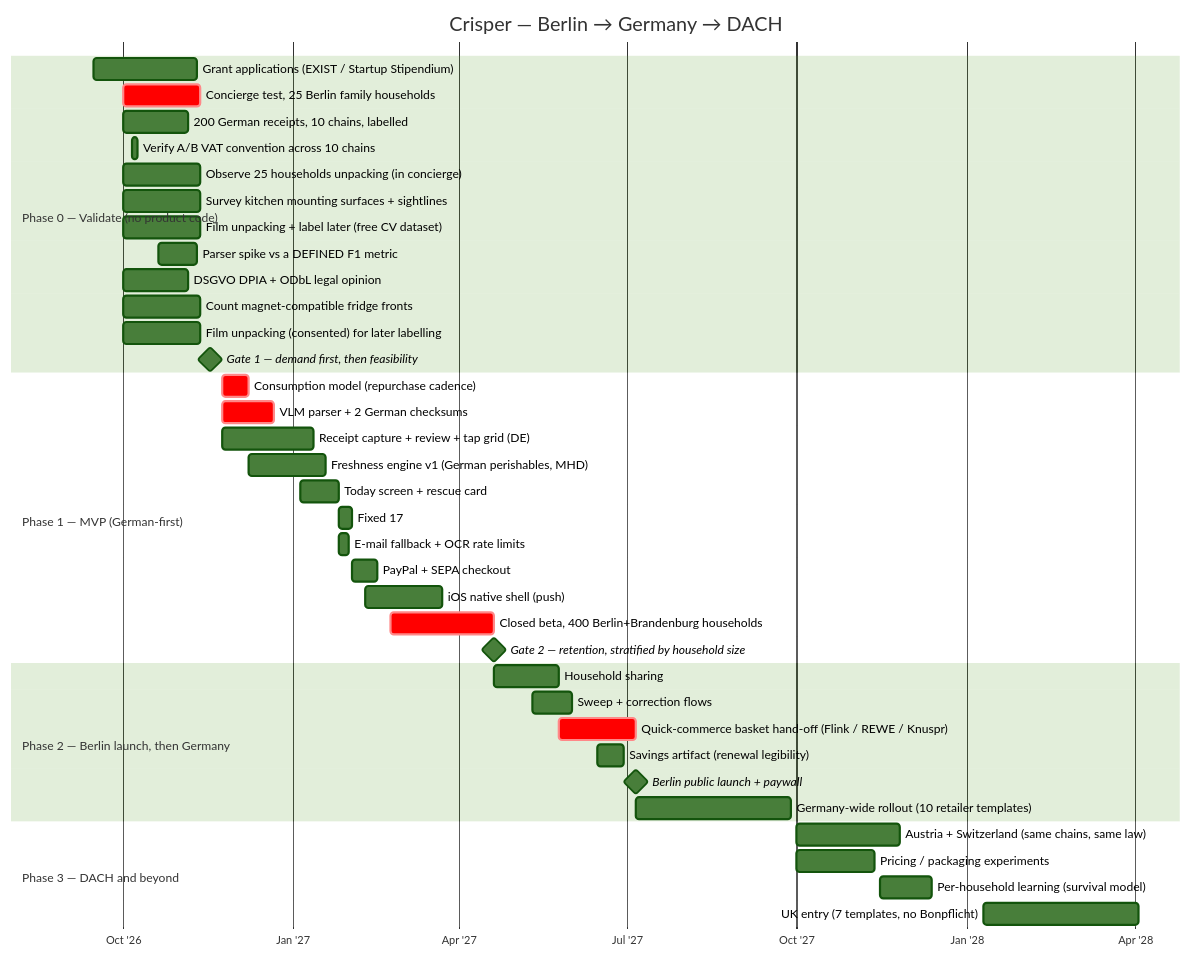
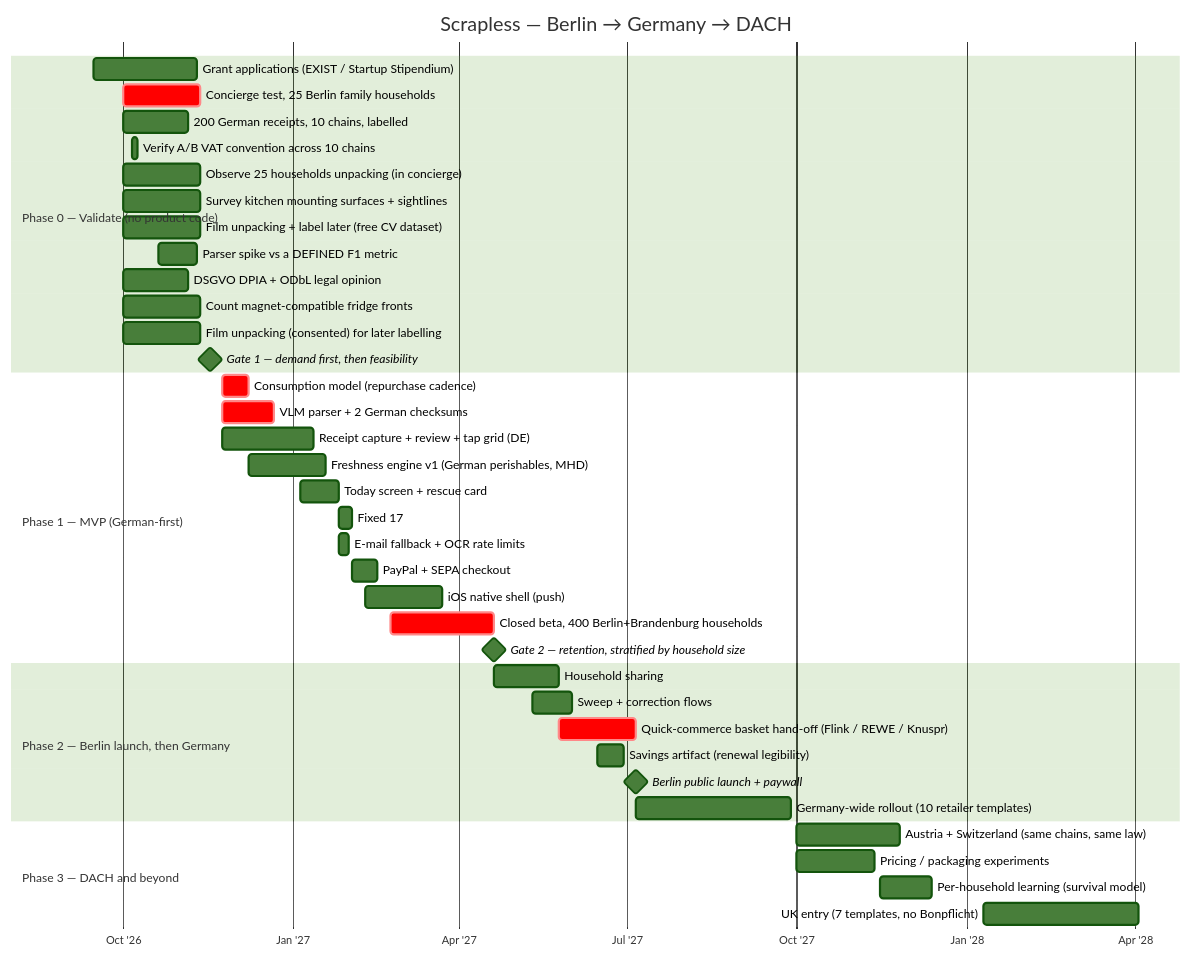
Before and after one commit to Zogoo/scrapless: the second of 2 diagrams in docs/11-germany-berlin-market.md, drawn with Mermaid (forest theme). The commit also changed 60 other files, not shown here.

````diff
--- a/docs/11-germany-berlin-market.md
+++ b/docs/11-germany-berlin-market.md
@@ -316,47 +316,47 @@
 ```mermaid
 gantt
-    title Crisper — Berlin → Germany → DACH
+    title Scrapless — Berlin → Germany → DACH
     dateFormat YYYY-MM-DD
     axisFormat %b '%y
 
     section Phase 0 — Validate (no product code)
     Grant applications (EXIST / Startup Stipendium) :p0g, 2026-09-15, 56d
     Concierge test, 25 Berlin family households     :crit, p0a, 2026-10-01, 42d
     200 German receipts, 10 chains, labelled        :p0b, 2026-10-01, 35d
     Verify A/B VAT convention across 10 chains      :p0q, 2026-10-06, 3d
     Observe 25 households unpacking (in concierge)  :p0u, 2026-10-01, 42d
     Survey kitchen mounting surfaces + sightlines   :p0m, 2026-10-01, 42d
     Film unpacking + label later (free CV dataset)  :p0v, 2026-10-01, 42d
     Parser spike vs a DEFINED F1 metric             :p0c, 2026-10-20, 21d
     DSGVO DPIA + ODbL legal opinion                 :p0d, 2026-10-01, 35d
     Count magnet-compatible fridge fronts           :p0m, 2026-10-01, 42d
     Film unpacking (consented) for later labelling  :p0f, 2026-10-01, 42d
     Gate 1 — demand first, then feasibility         :milestone, g1, 2026-11-17, 0d
 
     section Phase 1 — MVP (German-first)
     Consumption model (repurchase cadence)          :crit, p1z, 2026-11-24, 14d
     VLM parser + 2 German checksums                 :crit, p1v, 2026-11-24, 28d
     Receipt capture + review + tap grid (DE)        :p1a, 2026-11-24, 49d
     Freshness engine v1 (German perishables, MHD)   :p1b, 2026-12-08, 42d
     Today screen + rescue card                      :p1c, 2027-01-05, 21d
     Fixed 17:00 send + durable counter              :p1d, 2027-01-26, 7d
     E-mail fallback + OCR rate limits               :p1g, 2027-01-26, 5d
     PayPal + SEPA checkout                          :p1p, 2027-02-02, 14d
     iOS native shell (push)                         :p1h, 2027-02-09, 42d
     Closed beta, 400 Berlin+Brandenburg households  :crit, p1f, 2027-02-23, 56d
     Gate 2 — retention, stratified by household size :milestone, g2, 2027-04-20, 0d
 
     section Phase 2 — Berlin launch, then Germany
     Household sharing                               :p2b, 2027-04-20, 35d
     Sweep + correction flows                        :p2c, 2027-05-11, 21d
     Quick-commerce basket hand-off (Flink / REWE / Knuspr) :crit, p2h, 2027-05-25, 42d
     Savings artifact (renewal legibility)           :p2f, 2027-06-15, 14d
     Berlin public launch + paywall                  :milestone, l1, 2027-07-06, 0d
     Germany-wide rollout (10 retailer templates)    :p2n, 2027-07-06, 84d
 
     section Phase 3 — DACH and beyond
     Austria + Switzerland (same chains, same law)   :p3a, 2027-10-01, 56d
     Pricing / packaging experiments                 :p3c, 2027-10-01, 42d
     Per-household learning (survival model)         :p3e, 2027-11-15, 28d
     UK entry (7 templates, no Bonpflicht)           :p3u, 2028-01-10, 84d
 ```
````
